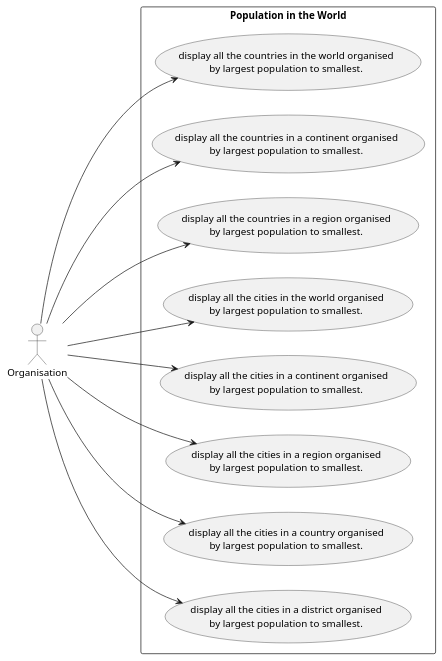
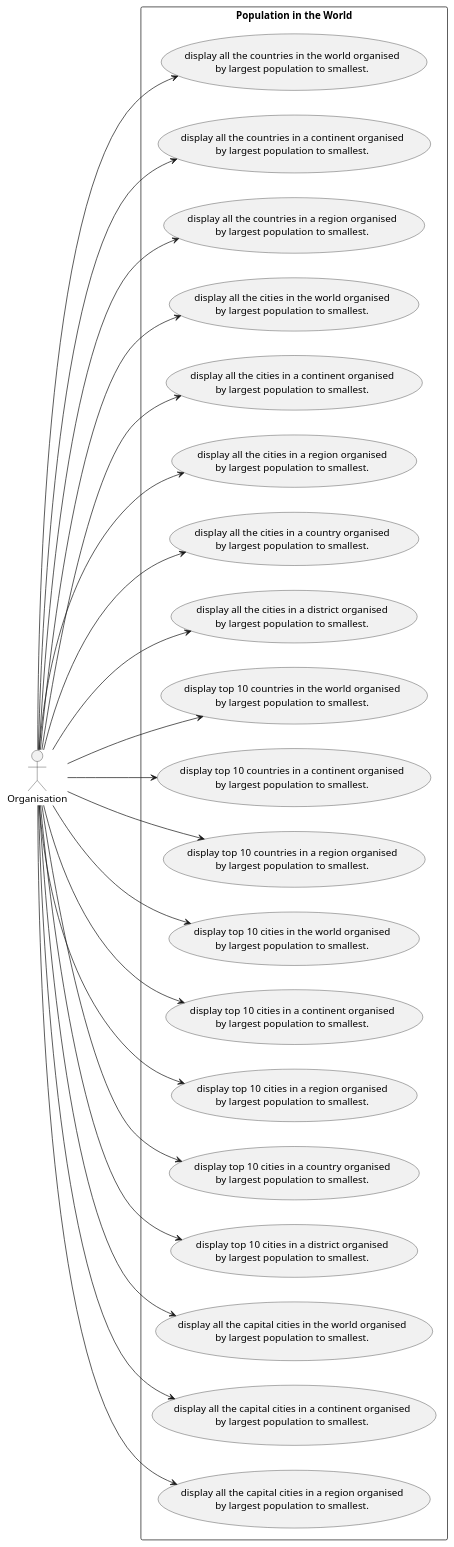
One commit to heinsetswe/group-2 changed the diagram in use-cases/use-case-review2.puml. Above: the diagram before and after it, drawn with PlantUML.

Commit message:
uml and use-case added

```diff
--- a/use-cases/use-case-review2.puml
+++ b/use-cases/use-case-review2.puml
@@ -1,35 +1,67 @@
 @startuml
 left to right direction
 actor Org as "Organisation"
 
 rectangle "Population in the World" {
     usecase UC1 as "display all the countries in the world organised
     by largest population to smallest."
     usecase UC2 as "display all the countries in a continent organised
     by largest population to smallest."
     usecase UC3 as "display all the countries in a region organised
     by largest population to smallest."
     usecase UC4 as "display all the cities in the world organised
     by largest population to smallest."
     usecase UC5 as "display all the cities in a continent organised
     by largest population to smallest."
     usecase UC6 as "display all the cities in a region organised
     by largest population to smallest."
     usecase UC7 as "display all the cities in a country organised
     by largest population to smallest."
     usecase UC8 as "display all the cities in a district organised
+        by largest population to smallest."
+    usecase UC9 as "display top 10 countries in the world organised
     by largest population to smallest."
-
+    usecase UC10 as "display top 10 countries in a continent organised
+        by largest population to smallest."
+    usecase UC11 as "display top 10 countries in a region organised
+        by largest population to smallest."
+    usecase UC12 as "display top 10 cities in the world organised
+            by largest population to smallest."
+    usecase UC13 as "display top 10 cities in a continent organised
+            by largest population to smallest."
+    usecase UC14 as "display top 10 cities in a region organised
+            by largest population to smallest."
+    usecase UC15 as "display top 10 cities in a country organised
+            by largest population to smallest."
+    usecase UC16 as "display top 10 cities in a district organised
+            by largest population to smallest."
+    usecase UC17 as "display all the capital cities in the world organised
+            by largest population to smallest."
+    usecase UC18 as "display all the capital cities in a continent organised
+            by largest population to smallest."
+    usecase UC19 as "display all the capital cities in a region organised
+            by largest population to smallest."
 
     Org ---> UC1
     Org ---> UC2
     Org ---> UC3
     Org ---> UC4
     Org ---> UC5
     Org ---> UC6
     Org ---> UC7
     Org ---> UC8
+    Org ---> UC9
+    Org ---> UC10
+    Org ---> UC11
+    Org ---> UC12
+    Org ---> UC13
+    Org ---> UC14
+    Org ---> UC15
+    Org ---> UC16
+    Org ---> UC17
+    Org ---> UC18
+    Org ---> UC19
 
 }
 
 @enduml
```
